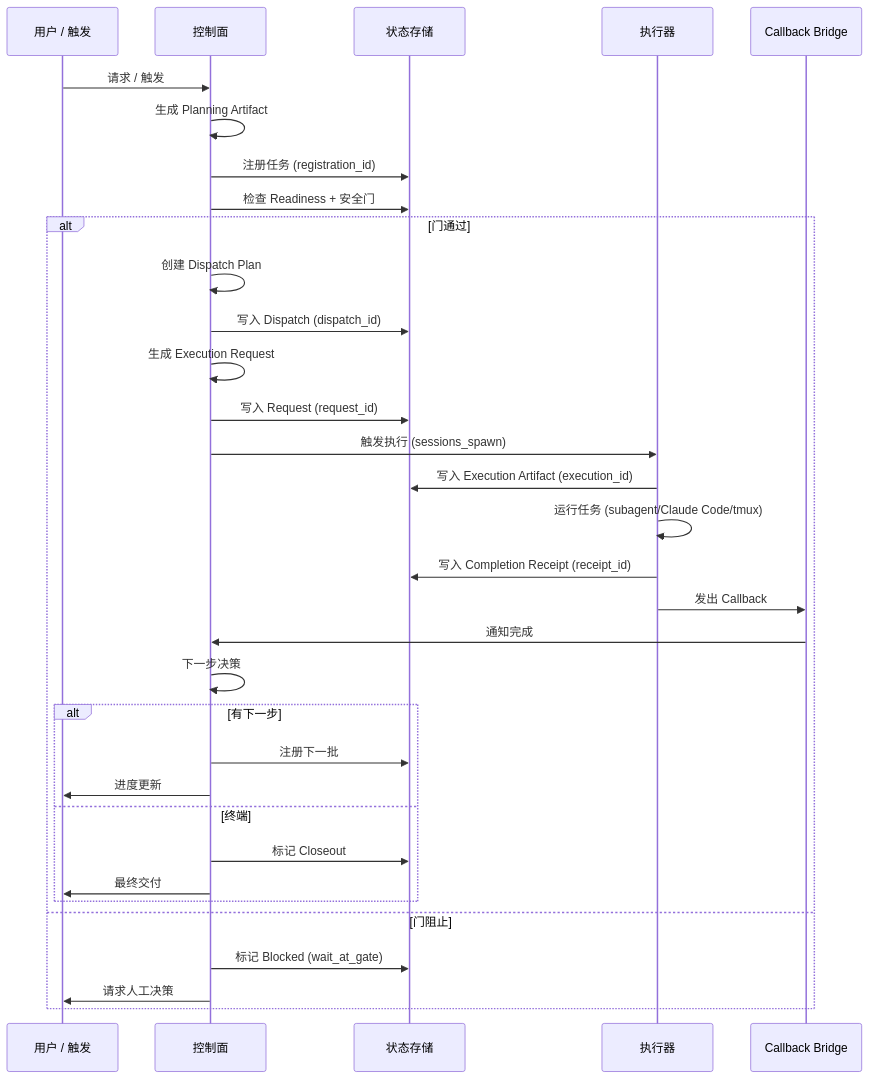
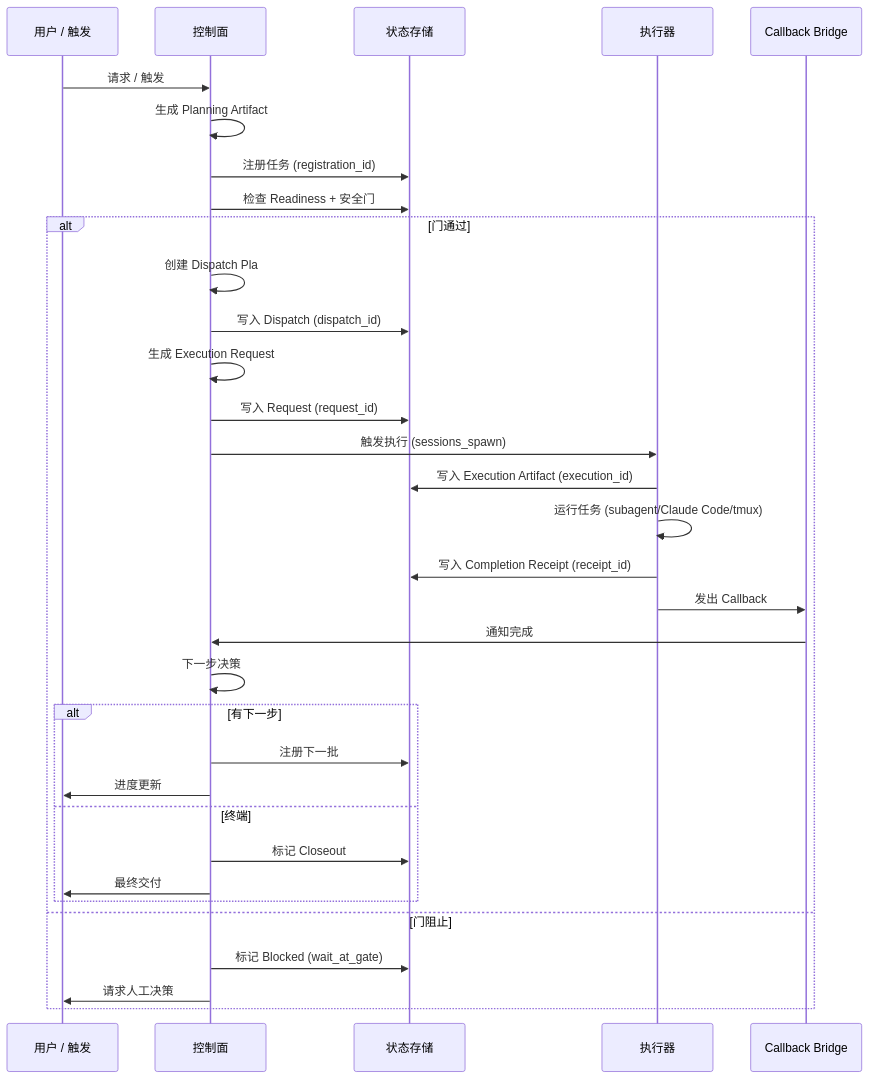
The second of 2 diagrams in README.zh.md (lanyasheng/openclaw-company-orchestration-proposal), drawn with Mermaid before and after one commit. The commit also changed other lines of this file and 3 other files, not shown here.

````diff
--- a/README.zh.md
+++ b/README.zh.md
@@ -361,40 +361,40 @@
 ```mermaid
 sequenceDiagram
     participant U as 用户 / 触发
     participant CP as 控制面
     participant SS as 状态存储
     participant EX as 执行器
     participant CB as Callback Bridge
 
     U->>CP: 请求 / 触发
     CP->>CP: 生成 Planning Artifact
     CP->>SS: 注册任务 (registration_id)
     CP->>SS: 检查 Readiness + 安全门
     
     alt 门通过
-        CP->>CP: 创建 Dispatch Plan
+        CP->>CP: 创建 Dispatch Pla
         CP->>SS: 写入 Dispatch (dispatch_id)
         CP->>CP: 生成 Execution Request
         CP->>SS: 写入 Request (request_id)
         
         CP->>EX: 触发执行 (sessions_spawn)
         EX->>SS: 写入 Execution Artifact (execution_id)
         EX->>EX: 运行任务 (subagent/Claude Code/tmux)
         EX->>SS: 写入 Completion Receipt (receipt_id)
         
         EX->>CB: 发出 Callback
         CB->>CP: 通知完成
         CP->>CP: 下一步决策
         
         alt 有下一步
             CP->>SS: 注册下一批
             CP->>U: 进度更新
         else 终端
             CP->>SS: 标记 Closeout
             CP->>U: 最终交付
         end
     else 门阻止
         CP->>SS: 标记 Blocked (wait_at_gate)
         CP->>U: 请求人工决策
     end
 ```
````
